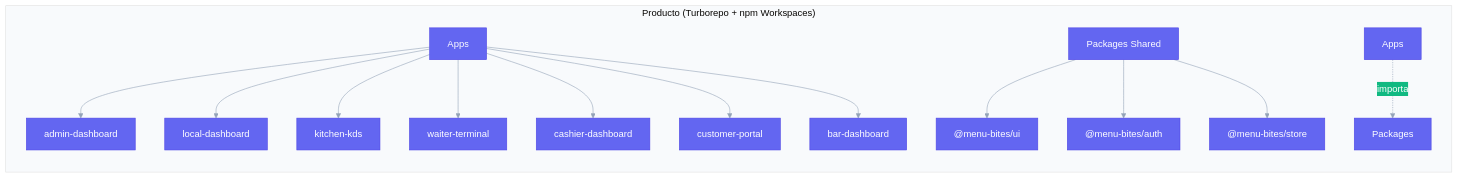
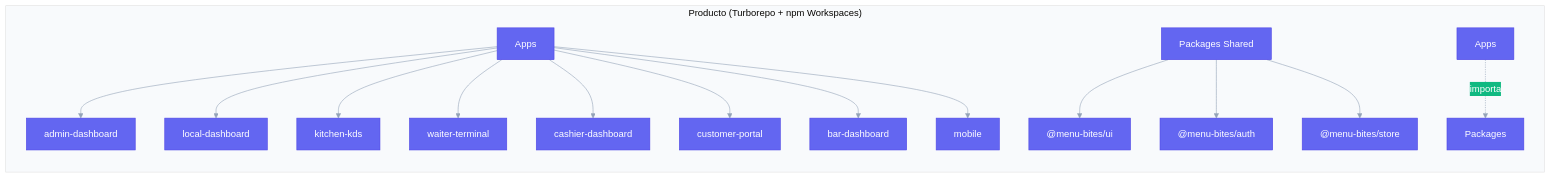
The sixth of 6 diagrams in README.md (Hctr2002/Software-Restaurantes), drawn with Mermaid before and after one commit. The commit also changed other lines of this file and 3 other files, not shown here.

````diff
--- a/README.md
+++ b/README.md
@@ -138,31 +139,32 @@
 ```mermaid
 %%{init: {
   'theme': 'base',
   'themeVariables': {
     'primaryColor': '#6366f1',
     'primaryTextColor': '#ffffff',
     'primaryBorderColor': '#4f46e5',
     'lineColor': '#94a3b8',
     'secondaryColor': '#10b981',
     'tertiaryColor': '#f8fafc',
     'fontFamily': 'Inter, sans-serif'
   }
 }}%%
 graph TD
     subgraph Monorepo ["Producto (Turborepo + npm Workspaces)"]
         direction TB
         A[Apps] --> B[admin-dashboard]
         A --> C[local-dashboard]
         A --> D[kitchen-kds]
         A --> E[waiter-terminal]
         A --> F[cashier-dashboard]
         A --> G[customer-portal]
         A --> H[bar-dashboard]
+        A --> I[mobile]
 
         P[Packages Shared] --> UI["@menu-bites/ui"]
         P --> AUTH["@menu-bites/auth"]
         P --> STORE["@menu-bites/store"]
 
         Apps -.->|importa| Packages
     end
 ```
````
